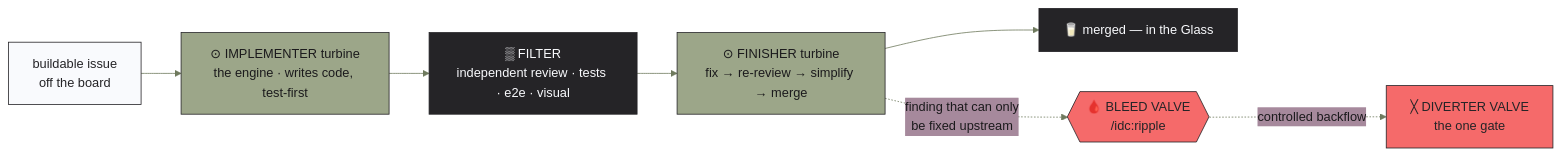
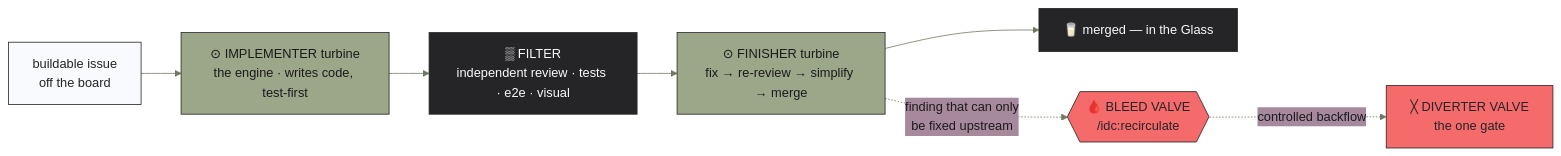
The diagram in docs/mental-model.md (llamallamaredpajama/idc-workflow), drawn with Mermaid before and after one commit. The commit also changed other lines of this file and 53 other files, not shown here.

````diff
--- a/docs/mental-model.md
+++ b/docs/mental-model.md
@@ -71,16 +71,16 @@
 ```mermaid
 %%{init: {'theme':'base','themeVariables':{'primaryColor':'#9CA689','primaryTextColor':'#1b1a1c','primaryBorderColor':'#252427','lineColor':'#6f7a5e','fontFamily':'Trebuchet MS, Verdana, sans-serif'}}}%%
 flowchart LR
     ISS["buildable issue<br/>off the board"]:::water --> IMPL
     IMPL["⊙ IMPLEMENTER turbine<br/>the engine · writes code, test-first"]:::turbine --> FILT
     FILT["▒ FILTER<br/>independent review · tests · e2e · visual"]:::filter --> FIN
     FIN["⊙ FINISHER turbine<br/>fix → re-review → simplify → merge"]:::turbine --> GLASS["🥛 merged — in the Glass"]:::done
-    FIN -. "finding that can only<br/>be fixed upstream" .-> BLEED{{"🩸 BLEED VALVE<br/>/idc:ripple"}}:::valve
+    FIN -. "finding that can only<br/>be fixed upstream" .-> BLEED{{"🩸 BLEED VALVE<br/>/idc:recirculate"}}:::valve
     BLEED -. "controlled backflow" .-> GATE["╳ DIVERTER VALVE<br/>the one gate"]:::valve
 
     classDef water fill:#F9FAFD,stroke:#252427,color:#252427;
     classDef turbine fill:#9CA689,stroke:#252427,color:#1b1a1c;
     classDef filter fill:#252427,stroke:#252427,color:#F9FAFD;
     classDef done fill:#252427,stroke:#252427,color:#F9FAFD;
     classDef valve fill:#F56A6A,stroke:#252427,color:#252427;
 ```
````
